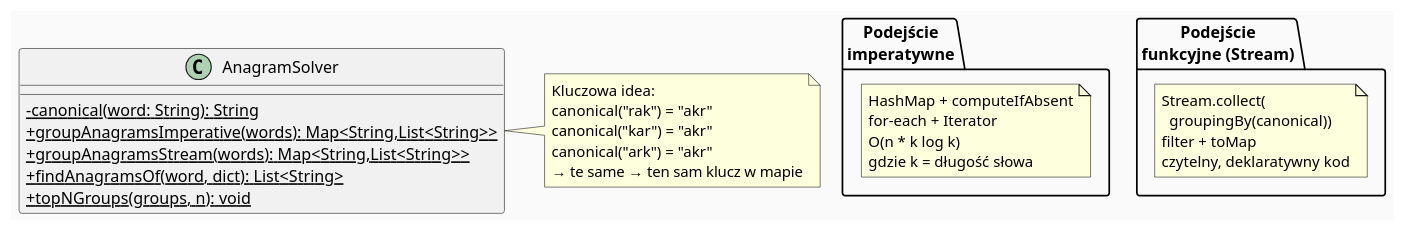
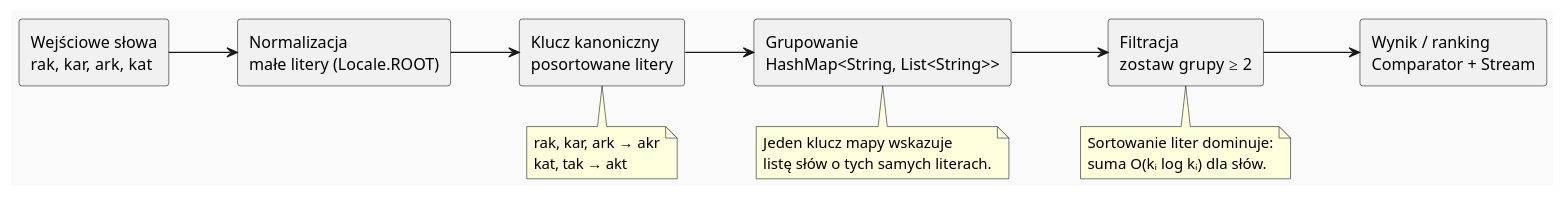
One commit to tborzyszkowski/oop-concepts-java changed the diagram in 02_OOP/src/_05_kolekcje/_09_projekt/diagrams/anagram_design.puml. Above: the diagram before and after it, drawn with PlantUML. The commit also changed 23 other files, not shown here.

Commit message:
Refactor documentation and diagrams for collections, iterators, maps, comparators, streams, and anagram project; improve clarity and correctness of explanations, add examples, and enhance code quality.

```diff
--- a/02_OOP/src/_05_kolekcje/_09_projekt/diagrams/anagram_design.puml
+++ b/02_OOP/src/_05_kolekcje/_09_projekt/diagrams/anagram_design.puml
@@ -1,29 +1,33 @@
 @startuml
-skinparam classAttributeIconSize 0
+left to right direction
 skinparam backgroundColor #FAFAFA
 
-class AnagramSolver {
-  -{static} canonical(word: String): String
-  +{static} groupAnagramsImperative(words): Map<String,List<String>>
-  +{static} groupAnagramsStream(words): Map<String,List<String>>
-  +{static} findAnagramsOf(word, dict): List<String>
-  +{static} topNGroups(groups, n): void
-}
+rectangle "Wejściowe słowa\nrak, kar, ark, kat" as INPUT
+rectangle "Normalizacja\nmałe litery (Locale.ROOT)" as NORMALIZE
+rectangle "Klucz kanoniczny\nposortowane litery" as CANONICAL
+rectangle "Grupowanie\nHashMap<String, List<String>>" as GROUP
+rectangle "Filtracja\nzostaw grupy ≥ 2" as FILTER
+rectangle "Wynik / ranking\nComparator + Stream" as OUTPUT
 
-note right of AnagramSolver
-  Kluczowa idea:
-  canonical("rak") = "akr"
-  canonical("kar") = "akr"
-  canonical("ark") = "akr"
-  → te same → ten sam klucz w mapie
+INPUT --> NORMALIZE
+NORMALIZE --> CANONICAL
+CANONICAL --> GROUP
+GROUP --> FILTER
+FILTER --> OUTPUT
+
+note bottom of CANONICAL
+  rak, kar, ark → akr
+  kat, tak → akt
 end note
 
-package "Podejście\nimperatywne" {
-  note "HashMap + computeIfAbsent\nfor-each + Iterator\nO(n * k log k)\ngdzie k = długość słowa" as IMP
-}
+note bottom of GROUP
+  Jeden klucz mapy wskazuje
+  listę słów o tych samych literach.
+end note
 
-package "Podejście\nfunkcyjne (Stream)" {
-  note "Stream.collect(\n  groupingBy(canonical))\nfilter + toMap\nczytelny, deklaratywny kod" as FUN
-}
+note bottom of FILTER
+  Sortowanie liter dominuje:
+  suma O(kᵢ log kᵢ) dla słów.
+end note
 
 @enduml
```
